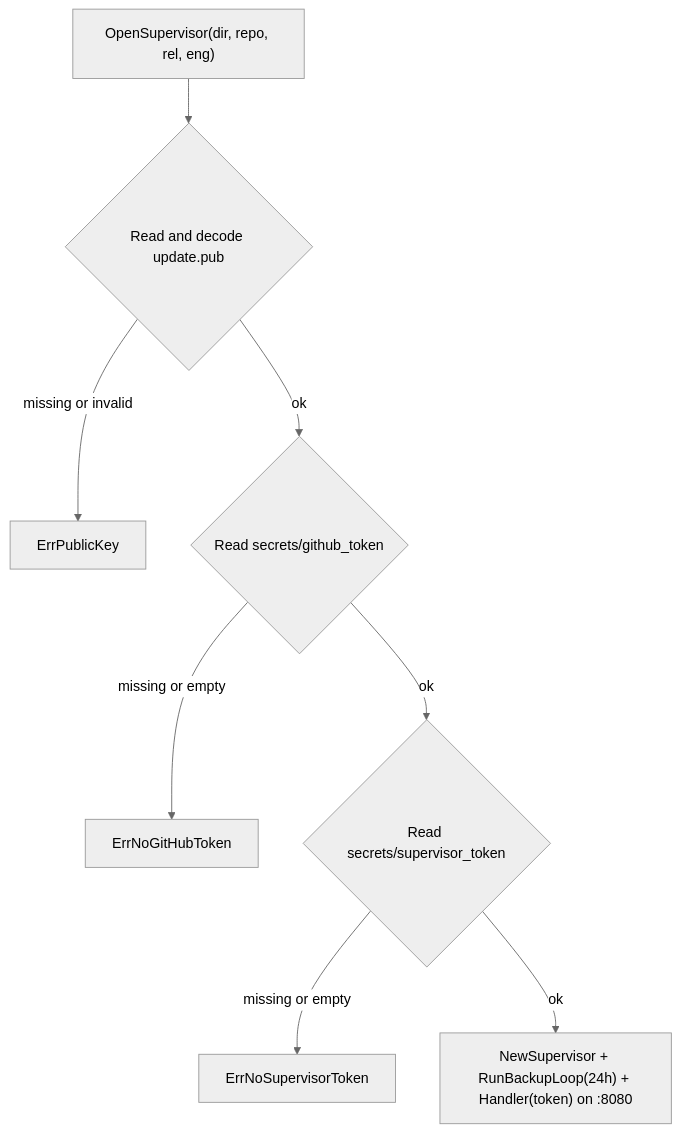
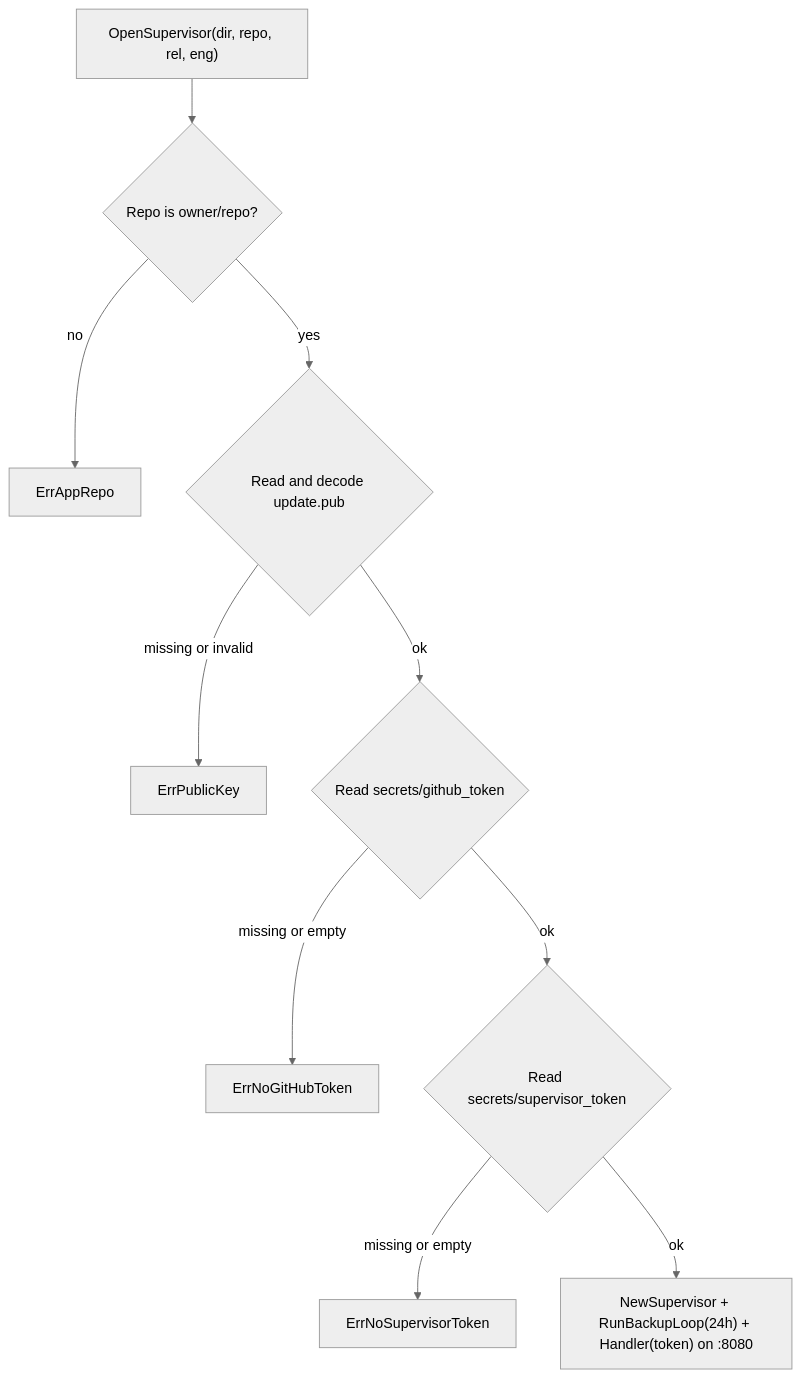
The diagram in docs/diagrams/SERVE_FLOW.md (webtyp/selfupdate), drawn with Mermaid (neutral theme) before and after one commit. The commit also changed other lines of this file and 7 other files, not shown here.

First line of the commit message:
docs: concise tutorial README and architecture flows

````diff
--- a/docs/diagrams/SERVE_FLOW.md
+++ b/docs/diagrams/SERVE_FLOW.md
@@ -5,10 +5,12 @@
 ```mermaid
 flowchart TD
-    A["OpenSupervisor(dir, repo, rel, eng)"] --> K{"Read and decode update.pub"}
+    A["OpenSupervisor(dir, repo, rel, eng)"] --> R{"Repo is owner/repo?"}
+    R -->|no| ER["ErrAppRepo"]
+    R -->|yes| K{"Read and decode update.pub"}
     K -->|missing or invalid| EK["ErrPublicKey"]
     K -->|ok| G{"Read secrets/github_token"}
     G -->|missing or empty| EG["ErrNoGitHubToken"]
     G -->|ok| T{"Read secrets/supervisor_token"}
     T -->|missing or empty| ET["ErrNoSupervisorToken"]
     T -->|ok| S["NewSupervisor + RunBackupLoop(24h) + Handler(token) on :8080"]
 ```
````
